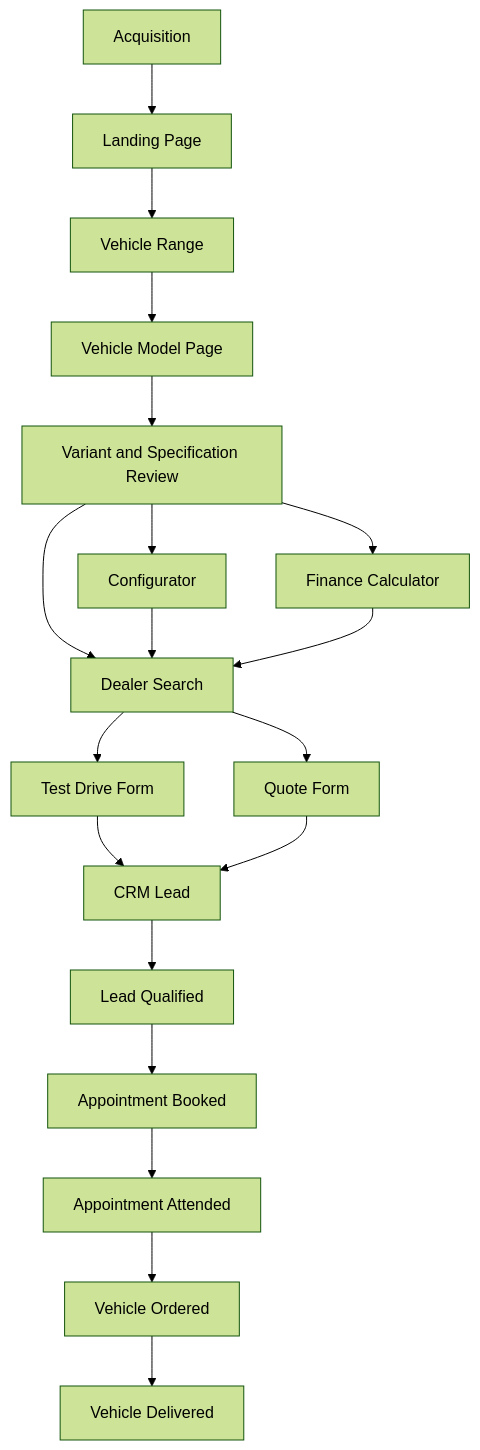
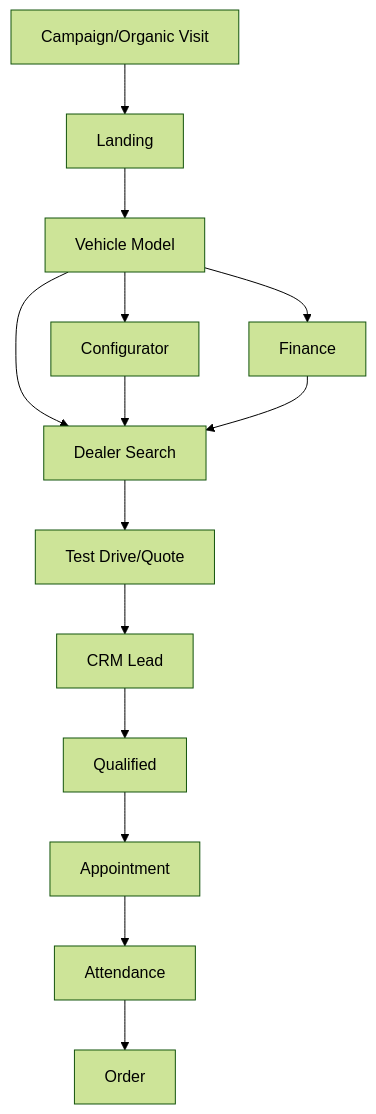
The diagram in architecture/diagrams/customer-journey.mmd (ozzy2438/drive-to-joy-automotive-analytics), drawn with Mermaid (forest theme) before and after one commit. The commit also changed 30 other files, not shown here.

Commit message:
chore: add GitHub workflows and complete architecture documentation

```diff
--- a/architecture/diagrams/customer-journey.mmd
+++ b/architecture/diagrams/customer-journey.mmd
@@ -1,19 +1,14 @@
 flowchart TD
-    A[Acquisition] --> B[Landing Page]
-    B --> C[Vehicle Range]
-    C --> D[Vehicle Model Page]
-    D --> E[Variant and Specification Review]
-    E --> F[Configurator]
-    E --> G[Finance Calculator]
-    E --> H[Dealer Search]
-    F --> H
-    G --> H
-    H --> I[Test Drive Form]
-    H --> J[Quote Form]
-    I --> K[CRM Lead]
-    J --> K
-    K --> L[Lead Qualified]
-    L --> M[Appointment Booked]
-    M --> N[Appointment Attended]
-    N --> O[Vehicle Ordered]
-    O --> P[Vehicle Delivered]
+  A[Campaign/Organic Visit] --> B[Landing]
+  B --> C[Vehicle Model]
+  C --> D[Configurator]
+  C --> E[Finance]
+  C --> F[Dealer Search]
+  D --> F
+  E --> F
+  F --> G[Test Drive/Quote]
+  G --> H[CRM Lead]
+  H --> I[Qualified]
+  I --> J[Appointment]
+  J --> K[Attendance]
+  K --> L[Order]
```
